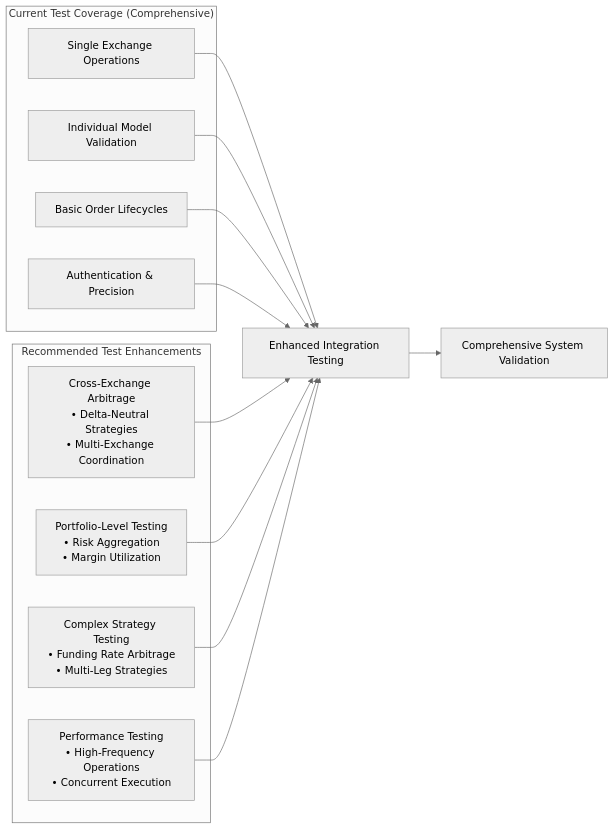
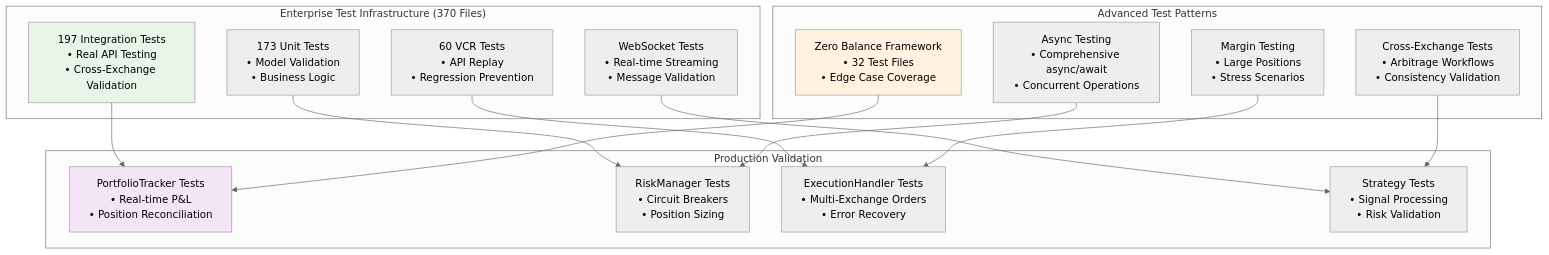
One commit to plataplomo/hummingbot changed the seventh of 11 diagrams in workflow/spot_vs_derivatives_tests_analysis.md. Above: the diagram before and after it, drawn with Mermaid (neutral theme). The commit also changed other lines of this file and 58 other files, not shown here.

First line of the commit message:
feat: Add comprehensive analysis and recommendations for time fixture refactor in CyberDeltaEngine

````diff
--- a/workflow/spot_vs_derivatives_tests_analysis.md
+++ b/workflow/spot_vs_derivatives_tests_analysis.md
@@ -453,28 +508,37 @@
 ```mermaid
-graph LR
-    subgraph "Current Test Coverage (Comprehensive)"
-        C1[Single Exchange Operations]
-        C2[Individual Model Validation]
-        C3[Basic Order Lifecycles]
-        C4[Authentication & Precision]
+graph TB
+    subgraph "Enterprise Test Infrastructure (370 Files)"
+        I1[197 Integration Tests<br/>• Real API Testing<br/>• Cross-Exchange Validation]
+        U1[173 Unit Tests<br/>• Model Validation<br/>• Business Logic]
+        V1[60 VCR Tests<br/>• API Replay<br/>• Regression Prevention]
+        W1[WebSocket Tests<br/>• Real-time Streaming<br/>• Message Validation]
     end
     
-    subgraph "Recommended Test Enhancements"
-        R1[Cross-Exchange Arbitrage<br/>• Delta-Neutral Strategies<br/>• Multi-Exchange Coordination]
-        R2[Portfolio-Level Testing<br/>• Risk Aggregation<br/>• Margin Utilization]
-        R3[Complex Strategy Testing<br/>• Funding Rate Arbitrage<br/>• Multi-Leg Strategies]
-        R4[Performance Testing<br/>• High-Frequency Operations<br/>• Concurrent Execution]
+    subgraph "Advanced Test Patterns"
+        Z1[Zero Balance Framework<br/>• 32 Test Files<br/>• Edge Case Coverage]
+        A1[Async Testing<br/>• Comprehensive async/await<br/>• Concurrent Operations]
+        M1[Margin Testing<br/>• Large Positions<br/>• Stress Scenarios]
+        C1[Cross-Exchange Tests<br/>• Arbitrage Workflows<br/>• Consistency Validation]
     end
     
-    C1 --> Integration[Enhanced Integration Testing]
-    C2 --> Integration
-    C3 --> Integration
-    C4 --> Integration
+    subgraph "Production Validation"
+        P1[PortfolioTracker Tests<br/>• Real-time P&L<br/>• Position Reconciliation]
+        R1[RiskManager Tests<br/>• Circuit Breakers<br/>• Position Sizing]
+        E1[ExecutionHandler Tests<br/>• Multi-Exchange Orders<br/>• Error Recovery]
+        S1[Strategy Tests<br/>• Signal Processing<br/>• Risk Validation]
+    end
     
-    R1 --> Integration
-    R2 --> Integration
-    R3 --> Integration
-    R4 --> Integration
+    I1 --> P1
+    U1 --> R1
+    V1 --> E1
+    W1 --> S1
     
-    Integration --> Validation[Comprehensive System Validation]
+    Z1 --> P1
+    A1 --> R1
+    M1 --> E1
+    C1 --> S1
+    
+    style I1 fill:#e8f5e8
+    style P1 fill:#f3e5f5
+    style Z1 fill:#fff3e0
 ```
````
